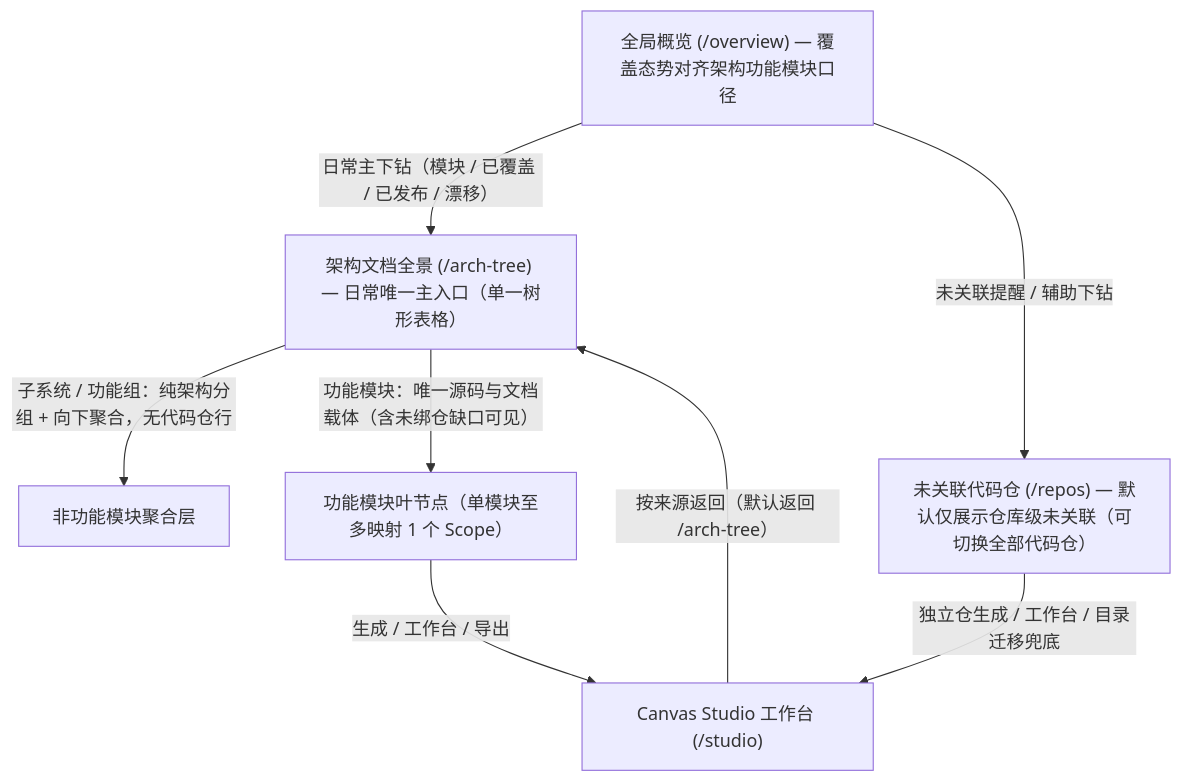
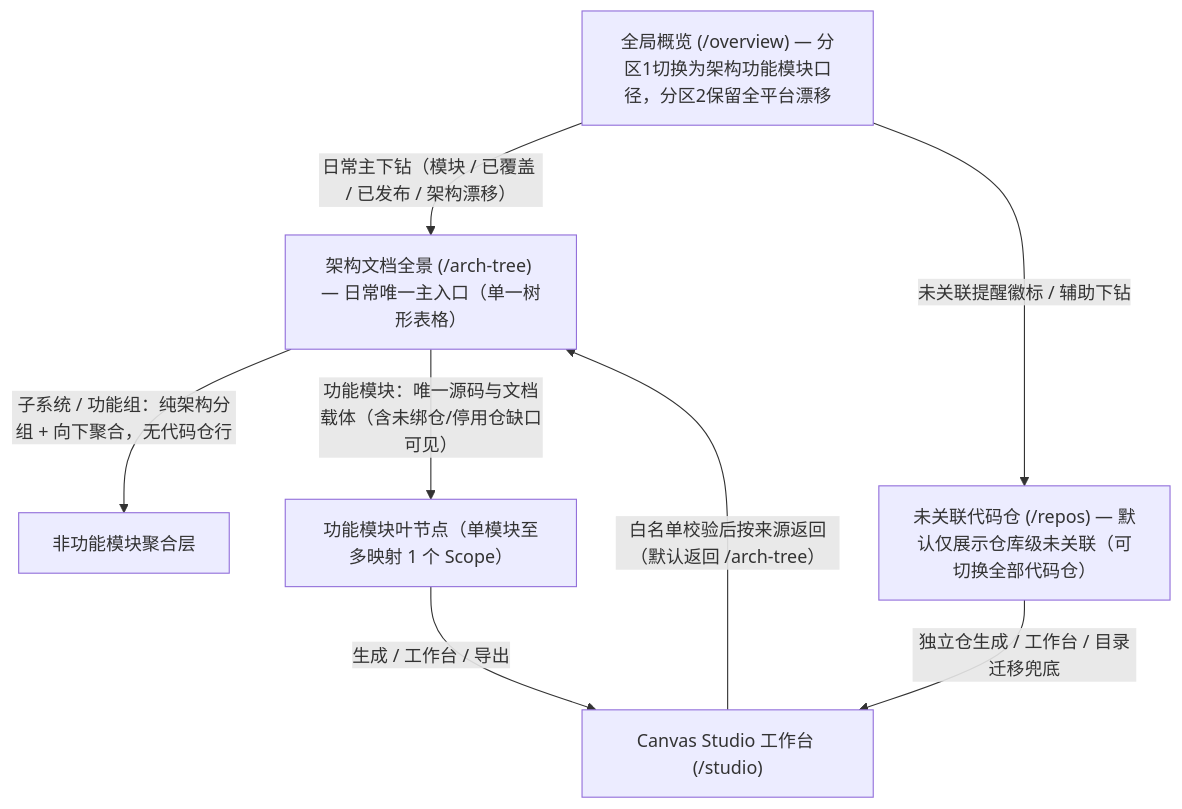
One commit to fugui/code-archdoc changed the diagram in docs/05-adr/09-arch-tree-primary-view-and-unassigned-repos.md. Above: the diagram before and after it, drawn with Mermaid. The commit also changed other lines of this file, not shown here.

Commit message:
docs(adr): 检视并修订完善 ADR-09 架构文档全景主视图与未关联代码仓方案

````diff
--- a/docs/05-adr/09-arch-tree-primary-view-and-unassigned-repos.md
+++ b/docs/05-adr/09-arch-tree-primary-view-and-unassigned-repos.md
@@ -43,12 +43,12 @@
 ```mermaid
 flowchart TB
-    Overview["全局概览 (/overview) — 覆盖态势对齐架构功能模块口径"] -->|"日常主下钻（模块 / 已覆盖 / 已发布 / 漂移）"| ArchTree["架构文档全景 (/arch-tree) — 日常唯一主入口（单一树形表格）"]
-    Overview -->|"未关联提醒 / 辅助下钻"| Unassigned["未关联代码仓 (/repos) — 默认仅展示仓库级未关联（可切换全部代码仓）"]
+    Overview["全局概览 (/overview) — 分区1切换为架构功能模块口径，分区2保留全平台漂移"] -->|"日常主下钻（模块 / 已覆盖 / 已发布 / 架构漂移）"| ArchTree["架构文档全景 (/arch-tree) — 日常唯一主入口（单一树形表格）"]
+    Overview -->|"未关联提醒徽标 / 辅助下钻"| Unassigned["未关联代码仓 (/repos) — 默认仅展示仓库级未关联（可切换全部代码仓）"]
 
     ArchTree -->|"子系统 / 功能组：纯架构分组 + 向下聚合，无代码仓行"| ArchGroup["非功能模块聚合层"]
-    ArchTree -->|"功能模块：唯一源码与文档载体（含未绑仓缺口可见）"| ArchModule["功能模块叶节点（单模块至多映射 1 个 Scope）"]
+    ArchTree -->|"功能模块：唯一源码与文档载体（含未绑仓/停用仓缺口可见）"| ArchModule["功能模块叶节点（单模块至多映射 1 个 Scope）"]
 
     ArchModule -->|"生成 / 工作台 / 导出"| Studio["Canvas Studio 工作台 (/studio)"]
     Unassigned -->|"独立仓生成 / 工作台 / 目录迁移兜底"| Studio
-    Studio -->|"按来源返回（默认返回 /arch-tree）"| ArchTree
+    Studio -->|"白名单校验后按来源返回（默认返回 /arch-tree）"| ArchTree
 ```
````
